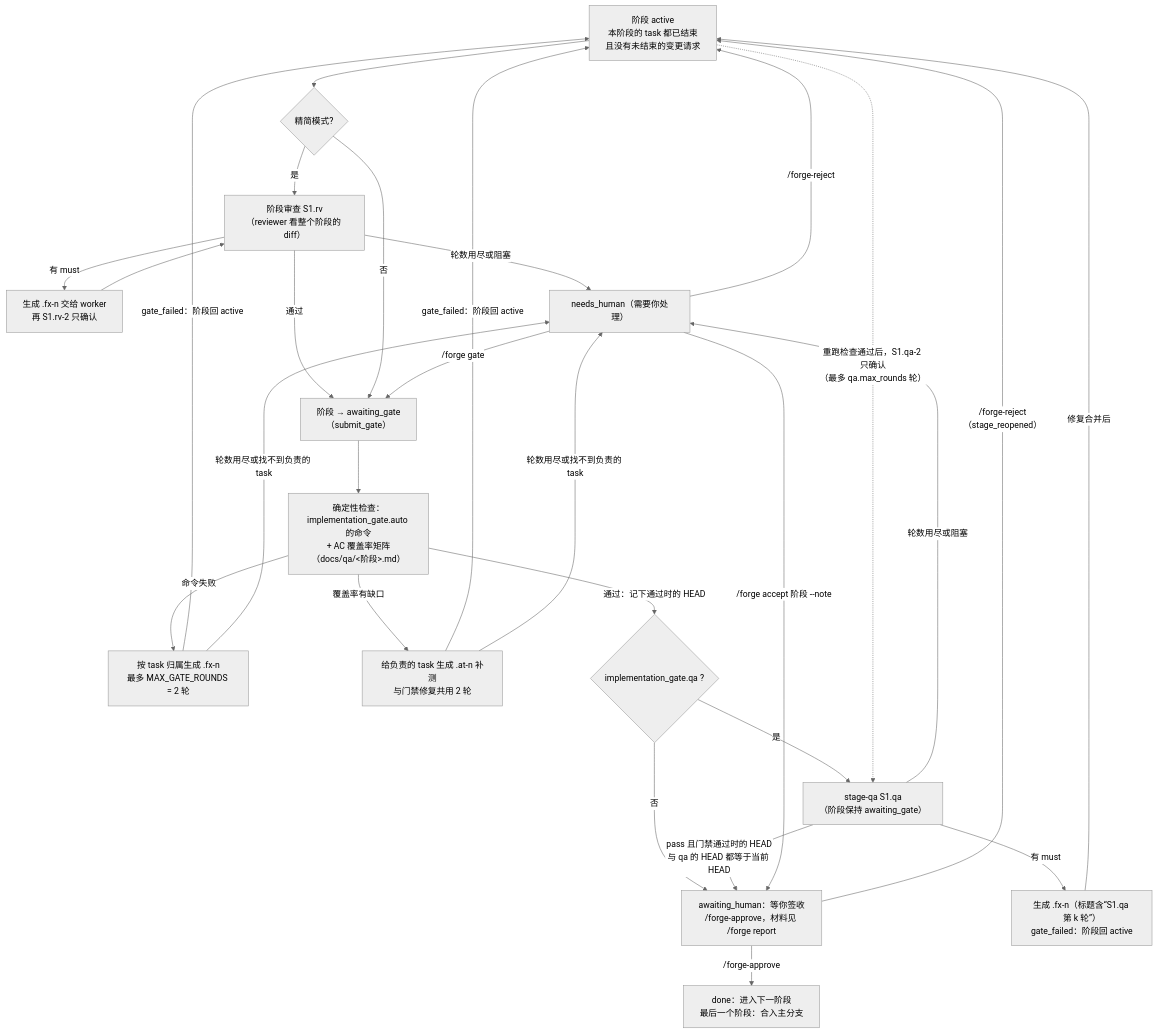
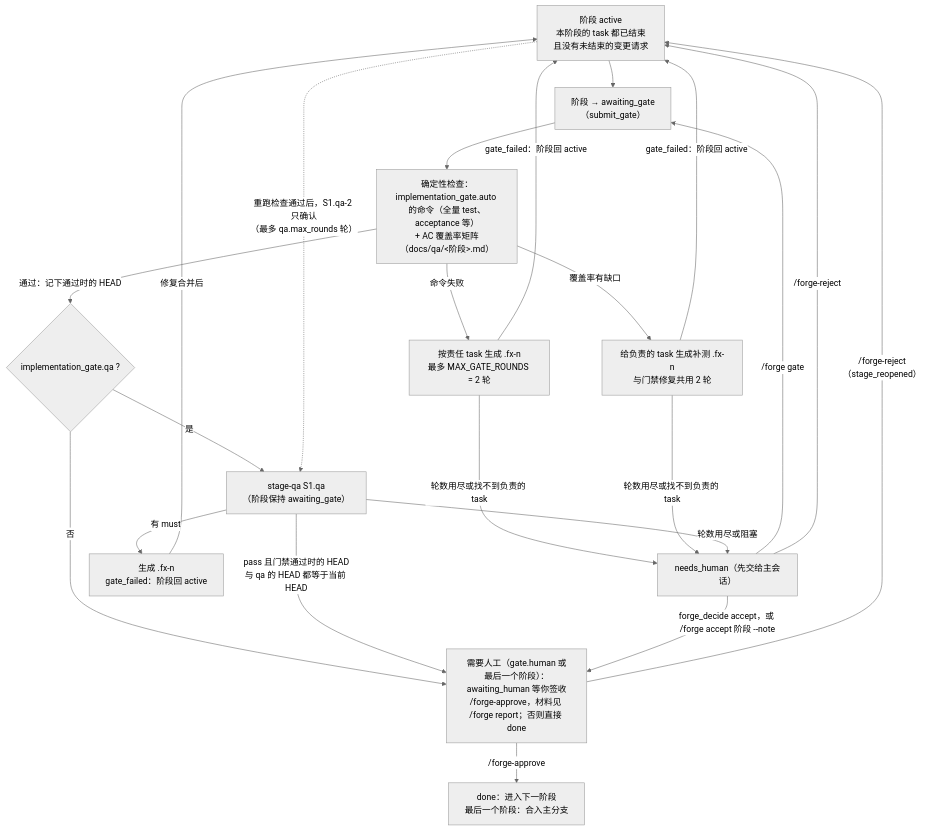
Before and after one commit to M2tHane/pi-forge: the fifth of 7 diagrams in docs/flow.md, drawn with Mermaid (neutral theme). The commit also changed other lines of this file and 320 other files, not shown here.

````diff
--- a/docs/flow.md
+++ b/docs/flow.md
@@ -125,31 +112,26 @@
 ```mermaid
 flowchart TD
-    W["阶段 active<br/>本阶段的 task 都已结束<br/>且没有未结束的变更请求"] --> L{"精简模式?"}
-    L -- 是 --> RV["阶段审查 S1.rv<br/>（reviewer 看整个阶段的 diff）"]
-    RV -->|"有 must"| FXR["生成 .fx-n 交给 worker<br/>再 S1.rv-2 只确认"] --> RV
-    RV -->|"轮数用尽或阻塞"| NH
-    RV -->|"通过"| G
-    L -- 否 --> G["阶段 → awaiting_gate<br/>（submit_gate）"]
-    G --> CHK["确定性检查：<br/>implementation_gate.auto 的命令<br/>+ AC 覆盖率矩阵（docs/qa/&lt;阶段&gt;.md）"]
-    CHK -->|"命令失败"| FIX["按 task 归属生成 .fx-n<br/>最多 MAX_GATE_ROUNDS = 2 轮"]
-    CHK -->|"覆盖率有缺口"| AT["给负责的 task 生成 .at-n 补测<br/>与门禁修复共用 2 轮"]
+    W["阶段 active<br/>本阶段的 task 都已结束<br/>且没有未结束的变更请求"] --> G["阶段 → awaiting_gate<br/>（submit_gate）"]
+    G --> CHK["确定性检查：<br/>implementation_gate.auto 的命令（全量 test、acceptance 等）<br/>+ AC 覆盖率矩阵（docs/qa/&lt;阶段&gt;.md）"]
+    CHK -->|"命令失败"| FIX["按责任 task 生成 .fx-n<br/>最多 MAX_GATE_ROUNDS = 2 轮"]
+    CHK -->|"覆盖率有缺口"| AT["给负责的 task 生成补测 .fx-n<br/>与门禁修复共用 2 轮"]
     FIX -->|"gate_failed：阶段回 active"| W
     AT -->|"gate_failed：阶段回 active"| W
     FIX -->|"轮数用尽或找不到负责的 task"| NH
     AT -->|"轮数用尽或找不到负责的 task"| NH
     CHK -->|"通过：记下通过时的 HEAD"| QAQ{"implementation_gate.qa ?"}
     QAQ -- 否 --> SIGN
     QAQ -- 是 --> QA["stage-qa S1.qa<br/>（阶段保持 awaiting_gate）"]
-    QA -->|"有 must"| QFX["生成 .fx-n（标题含“S1.qa 第 k 轮”）<br/>gate_failed：阶段回 active"]
+    QA -->|"有 must"| QFX["生成 .fx-n<br/>gate_failed：阶段回 active"]
     QFX -->|"修复合并后"| W
     W -.->|"重跑检查通过后，S1.qa-2 只确认<br/>（最多 qa.max_rounds 轮）"| QA
     QA -->|"轮数用尽或阻塞"| NH
     QA -->|"pass 且门禁通过时的 HEAD<br/>与 qa 的 HEAD 都等于当前 HEAD"| SIGN
-    SIGN["awaiting_human：等你签收<br/>/forge-approve，材料见 /forge report"]
-    NH["needs_human（需要你处理）"]
-    NH -->|"/forge accept 阶段 --note"| SIGN
+    SIGN["需要人工（gate.human 或最后一个阶段）：awaiting_human 等你签收<br/>/forge-approve，材料见 /forge report；否则直接 done"]
+    NH["needs_human（先交给主会话）"]
+    NH -->|"forge_decide accept，或 /forge accept 阶段 --note"| SIGN
     NH -->|"/forge gate"| G
     NH -->|"/forge-reject"| W
     SIGN -->|"/forge-reject（stage_reopened）"| W
     SIGN -->|"/forge-approve"| DONE["done：进入下一阶段<br/>最后一个阶段：合入主分支"]
 ```
````
